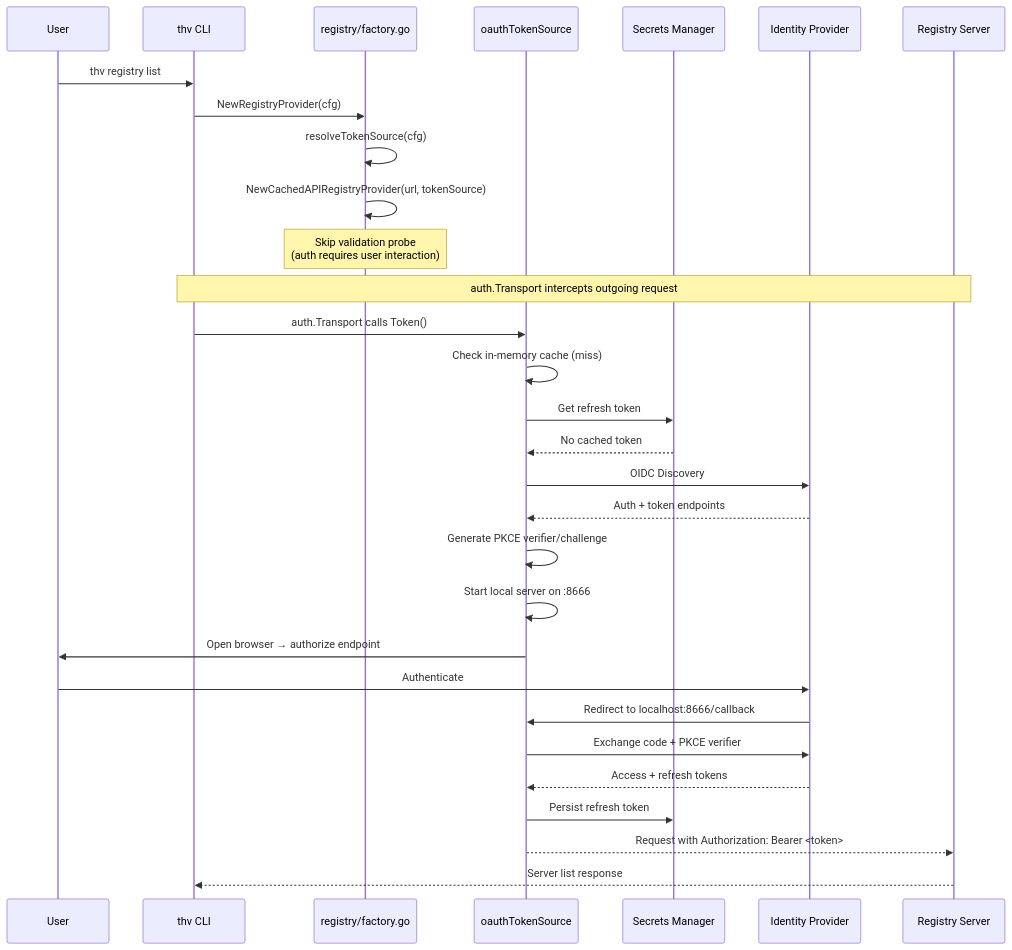
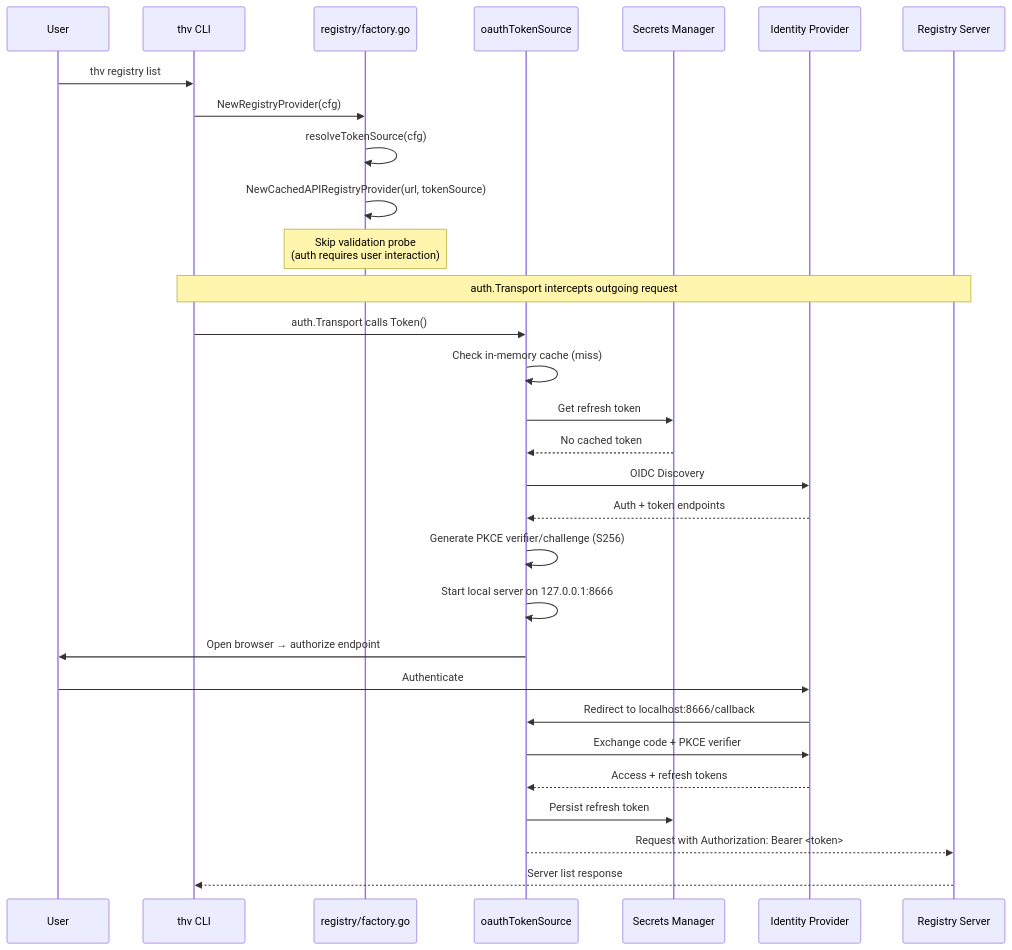
The third of 3 diagrams in rfcs/THV-0043-registry-authentication.md (stacklok/toolhive-rfcs), drawn with Mermaid before and after one commit. The commit also changed other lines of this file, not shown here.

````diff
--- a/rfcs/THV-0043-registry-authentication.md
+++ b/rfcs/THV-0043-registry-authentication.md
@@ -297,35 +342,35 @@
 ```mermaid
 sequenceDiagram
     participant User
     participant CLI as thv CLI
     participant Factory as registry/factory.go
     participant TokenSrc as oauthTokenSource
     participant Secrets as Secrets Manager
     participant IDP as Identity Provider
     participant Registry as Registry Server
 
     User->>CLI: thv registry list
     CLI->>Factory: NewRegistryProvider(cfg)
     Factory->>Factory: resolveTokenSource(cfg)
     Factory->>Factory: NewCachedAPIRegistryProvider(url, tokenSource)
     Note over Factory: Skip validation probe<br/>(auth requires user interaction)
 
     Note over CLI,Registry: auth.Transport intercepts outgoing request
     CLI->>TokenSrc: auth.Transport calls Token()
     TokenSrc->>TokenSrc: Check in-memory cache (miss)
     TokenSrc->>Secrets: Get refresh token
     Secrets-->>TokenSrc: No cached token
 
     TokenSrc->>IDP: OIDC Discovery
     IDP-->>TokenSrc: Auth + token endpoints
-    TokenSrc->>TokenSrc: Generate PKCE verifier/challenge
-    TokenSrc->>TokenSrc: Start local server on :8666
+    TokenSrc->>TokenSrc: Generate PKCE verifier/challenge (S256)
+    TokenSrc->>TokenSrc: Start local server on 127.0.0.1:8666
     TokenSrc->>User: Open browser → authorize endpoint
     User->>IDP: Authenticate
     IDP->>TokenSrc: Redirect to localhost:8666/callback
     TokenSrc->>IDP: Exchange code + PKCE verifier
     IDP-->>TokenSrc: Access + refresh tokens
     TokenSrc->>Secrets: Persist refresh token
     TokenSrc-->>Registry: Request with Authorization: Bearer <token>
     Registry-->>CLI: Server list response
 ```
````
